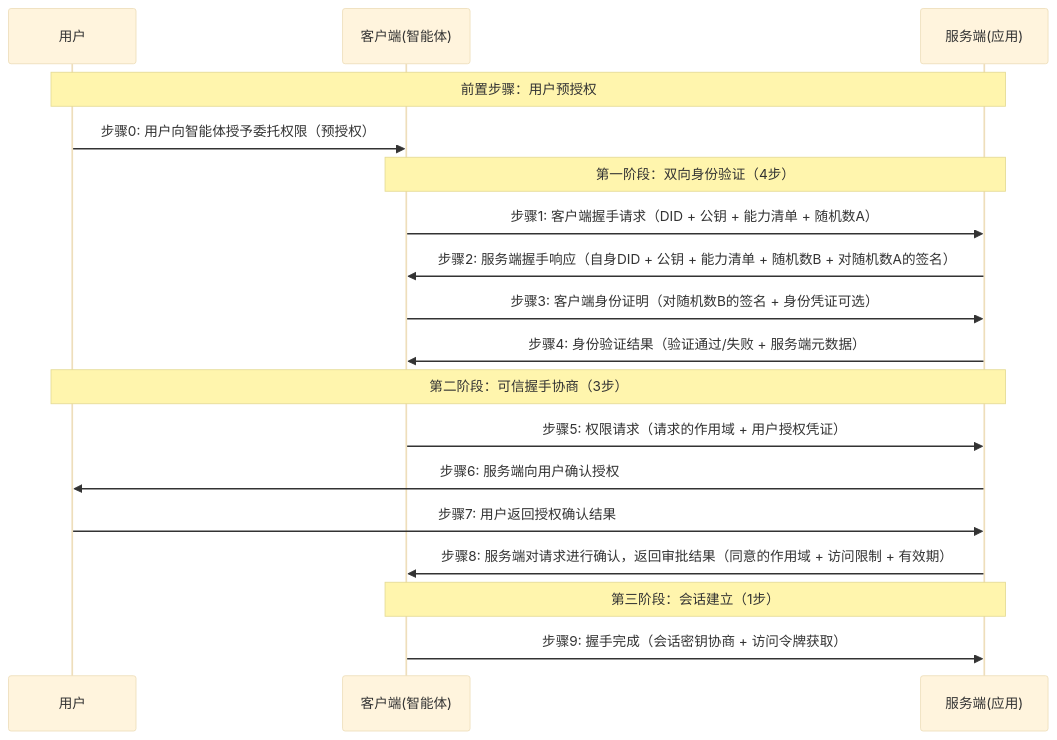
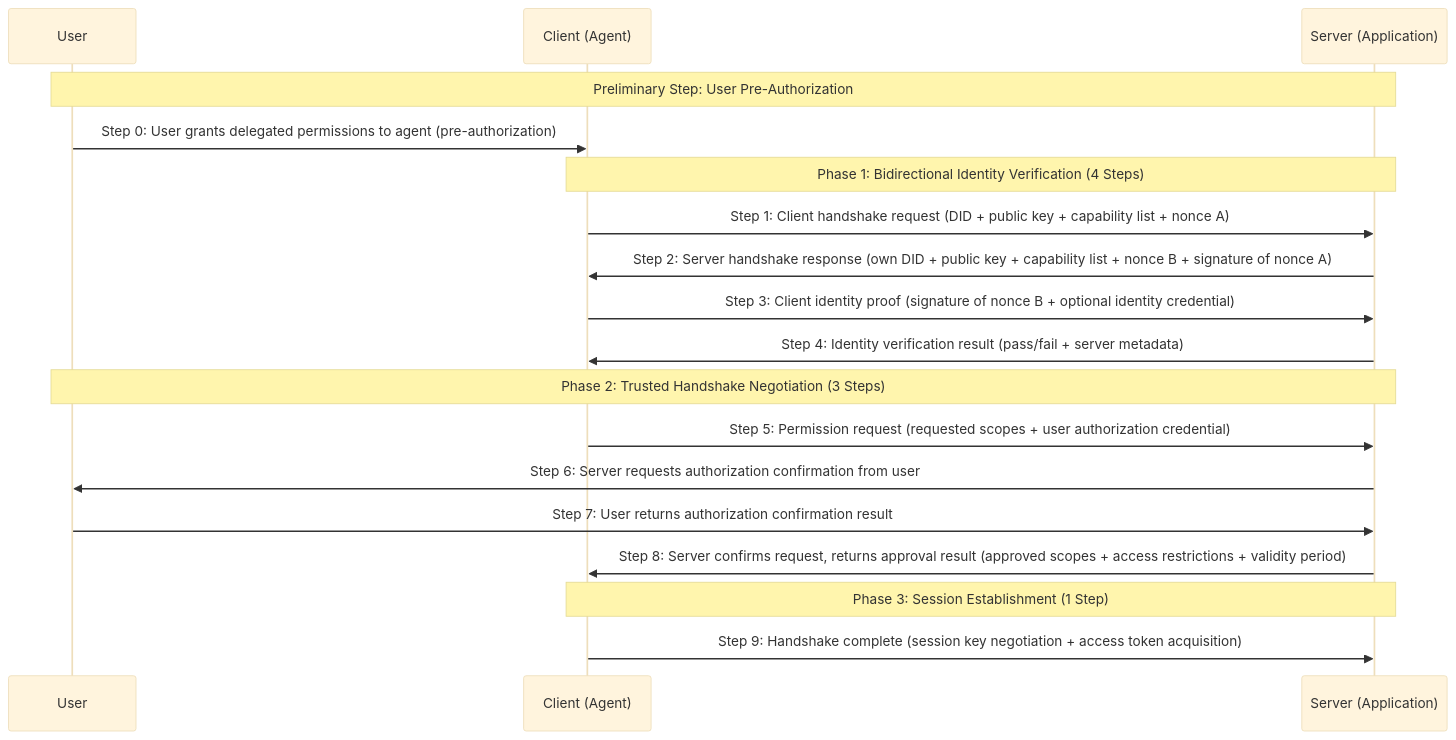
The diagram in README.md (ath-protocol/agent-trust-handshake-protocol), drawn with Mermaid (base theme) before and after one commit. The commit also changed other lines of this file and 21 other files, not shown here.

````diff
--- a/README.md
+++ b/README.md
@@ -111,24 +93,24 @@
 ```mermaid
 sequenceDiagram
-    participant U as 用户
-    participant C as 客户端(智能体)
-    participant S as 服务端(应用)
+    participant U as User
+    participant C as Client (Agent)
+    participant S as Server (Application)
     
-    Note over U,S: 前置步骤：用户预授权
-    U->>C: 步骤0: 用户向智能体授予委托权限（预授权）
+    Note over U,S: Preliminary Step: User Pre-Authorization
+    U->>C: Step 0: User grants delegated permissions to agent (pre-authorization)
     
-    Note over C,S: 第一阶段：双向身份验证（4步）
-    C->>S: 步骤1: 客户端握手请求（DID + 公钥 + 能力清单 + 随机数A）
-    S->>C: 步骤2: 服务端握手响应（自身DID + 公钥 + 能力清单 + 随机数B + 对随机数A的签名）
-    C->>S: 步骤3: 客户端身份证明（对随机数B的签名 + 身份凭证可选）
-    S->>C: 步骤4: 身份验证结果（验证通过/失败 + 服务端元数据）
+    Note over C,S: Phase 1: Bidirectional Identity Verification (4 Steps)
+    C->>S: Step 1: Client handshake request (DID + public key + capability list + nonce A)
+    S->>C: Step 2: Server handshake response (own DID + public key + capability list + nonce B + signature of nonce A)
+    C->>S: Step 3: Client identity proof (signature of nonce B + optional identity credential)
+    S->>C: Step 4: Identity verification result (pass/fail + server metadata)
     
-    Note over U,S: 第二阶段：可信握手协商（3步）
-    C->>S: 步骤5: 权限请求（请求的作用域 + 用户授权凭证）
-    S->>U: 步骤6: 服务端向用户确认授权
-    U->>S: 步骤7: 用户返回授权确认结果
-    S->>C: 步骤8: 服务端对请求进行确认，返回审批结果（同意的作用域 + 访问限制 + 有效期）
+    Note over U,S: Phase 2: Trusted Handshake Negotiation (3 Steps)
+    C->>S: Step 5: Permission request (requested scopes + user authorization credential)
+    S->>U: Step 6: Server requests authorization confirmation from user
+    U->>S: Step 7: User returns authorization confirmation result
+    S->>C: Step 8: Server confirms request, returns approval result (approved scopes + access restrictions + validity period)
     
-    Note over C,S: 第三阶段：会话建立（1步）
-    C->>S: 步骤9: 握手完成（会话密钥协商 + 访问令牌获取）
+    Note over C,S: Phase 3: Session Establishment (1 Step)
+    C->>S: Step 9: Handshake complete (session key negotiation + access token acquisition)
 ```
````
